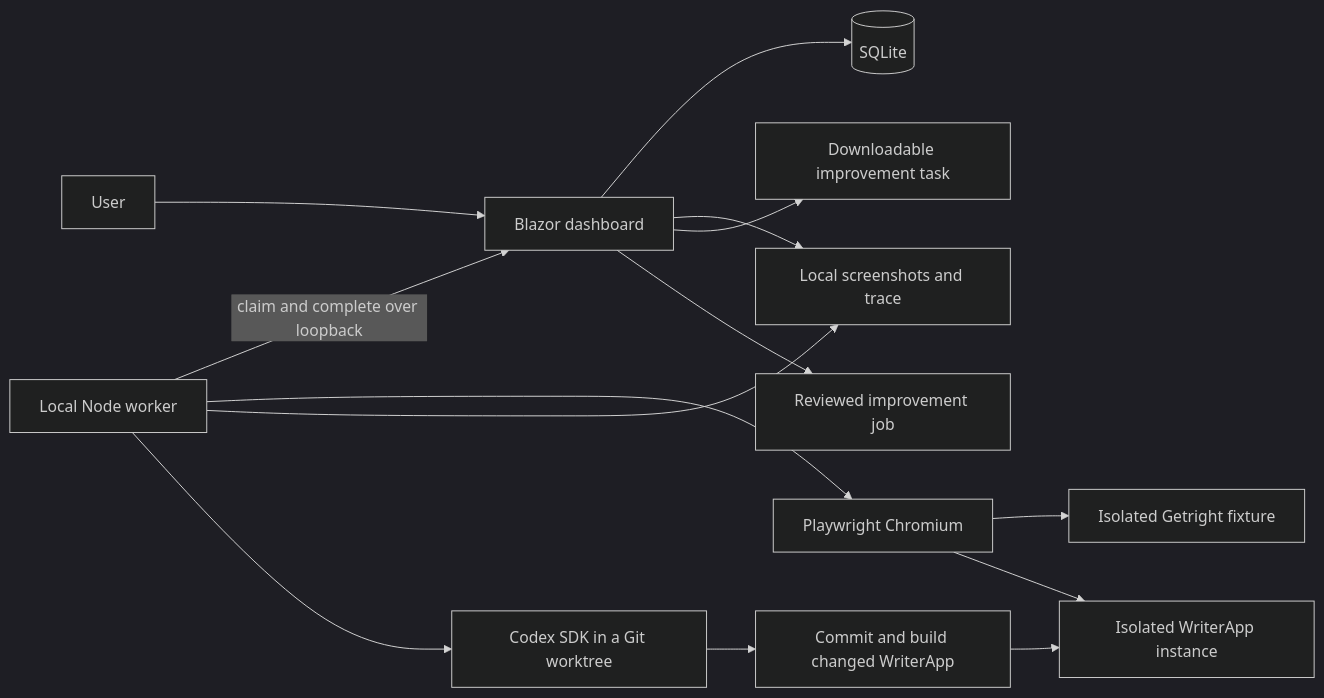
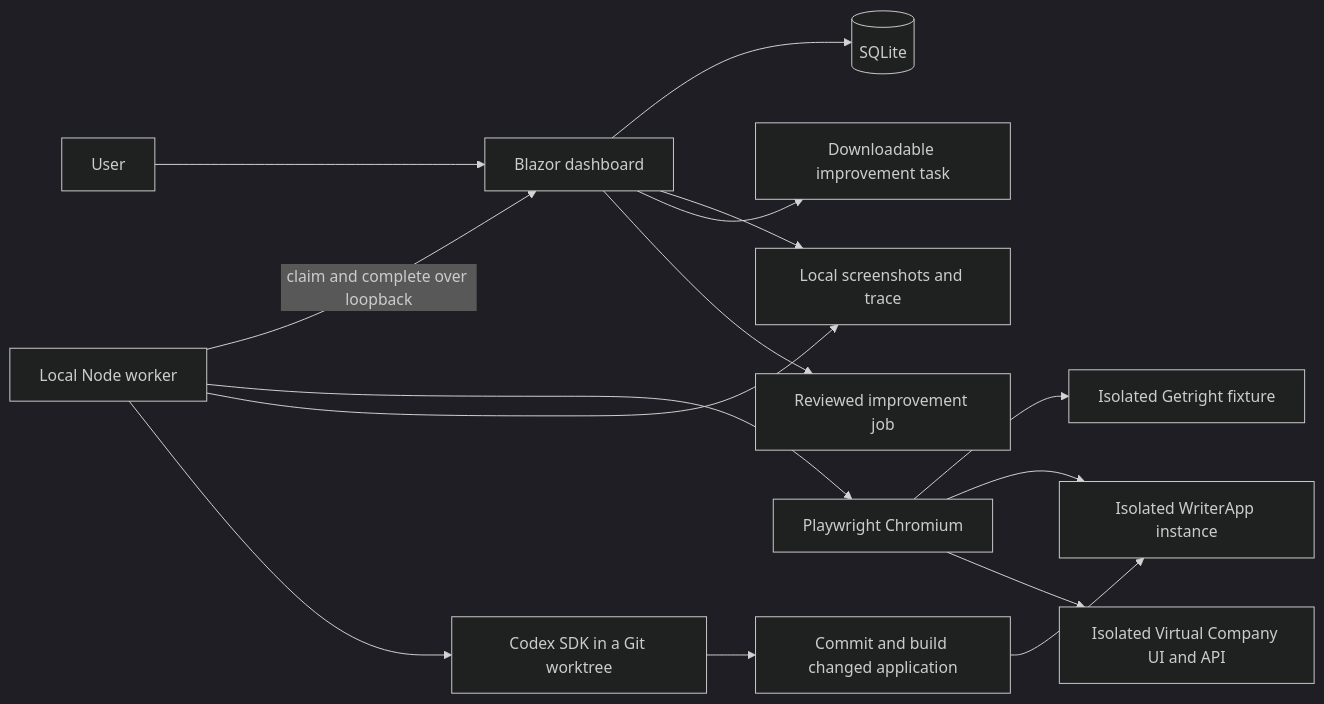
Before and after one commit to johdav999/GetRight: the diagram in docs/architecture.md, drawn with Mermaid (dark theme). The commit also changed other lines of this file and 29 other files, not shown here.

Commit message:
Implement milestone 3 Virtual Company UAT and improvement cycle

````diff
--- a/docs/architecture.md
+++ b/docs/architecture.md
@@ -5,16 +5,17 @@
 ```mermaid
 flowchart LR
     User[User] --> Dashboard[Blazor dashboard]
     Dashboard --> Store[(SQLite)]
     Worker[Local Node worker] -->|claim and complete over loopback| Dashboard
     Worker --> Browser[Playwright Chromium]
     Browser --> Fixture[Isolated Getright fixture]
     Browser --> WriterApp[Isolated WriterApp instance]
+    Browser --> Company[Isolated Virtual Company UI and API]
     Worker --> Evidence[Local screenshots and trace]
     Dashboard --> Evidence
     Dashboard --> Task[Downloadable improvement task]
     Dashboard --> Job[Reviewed improvement job]
     Worker --> Codex[Codex SDK in a Git worktree]
-    Codex --> Build[Commit and build changed WriterApp]
+    Codex --> Build[Commit and build changed application]
     Build --> WriterApp
 ```
````
